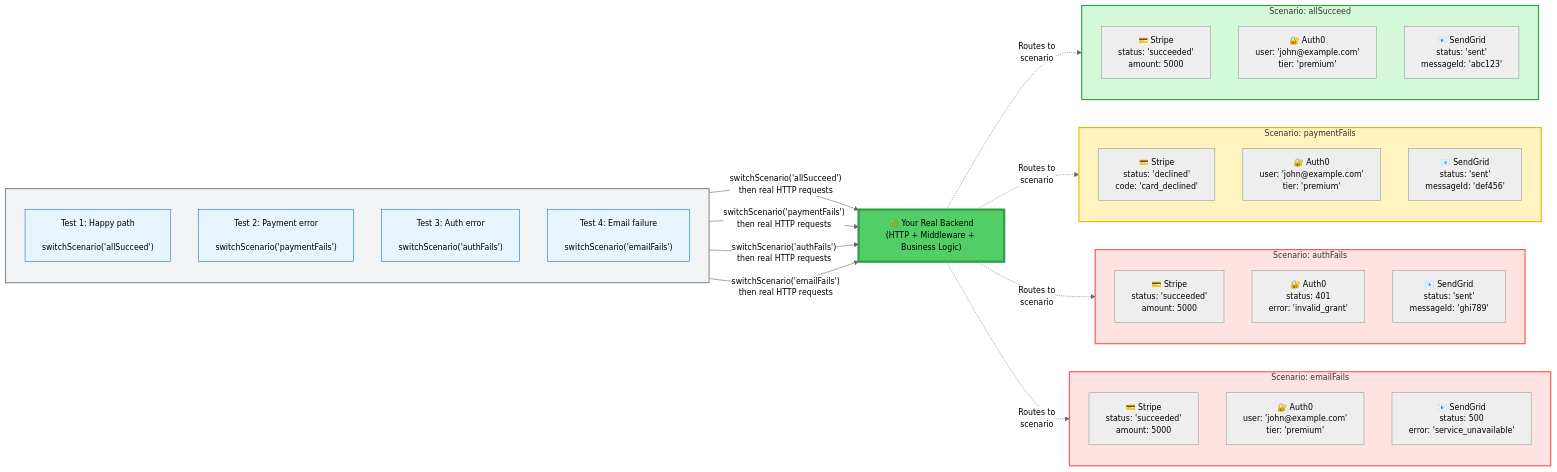
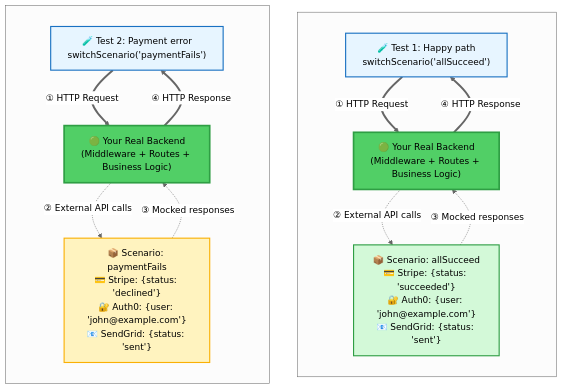
The first of 3 diagrams in apps/docs/src/content/docs/introduction/overview.md (citypaul/scenarist), drawn with Mermaid before and after one commit. The commit also changed other lines of this file and 9 other files, not shown here.

First line of the commit message:
docs: improve diagram mobile readability and explanation (#95)

````diff
--- a/apps/docs/src/content/docs/introduction/overview.md
+++ b/apps/docs/src/content/docs/introduction/overview.md
@@ -16,62 +16,34 @@
 ```mermaid
-%%{init: {'theme':'neutral', 'themeVariables': {'fontSize':'14px', 'fontFamily':'arial'}}}%%
-graph LR
-    subgraph tests[" "]
+%%{init: {'theme':'neutral', 'themeVariables': {'fontSize':'16px', 'fontFamily':'arial'}}}%%
+flowchart TB
+    subgraph Flow1[" "]
         direction TB
-        T1["Test 1: Happy path<br/><br/>switchScenario('allSucceed')"]
-        T2["Test 2: Payment error<br/><br/>switchScenario('paymentFails')"]
-        T3["Test 3: Auth error<br/><br/>switchScenario('authFails')"]
-        T4["Test 4: Email failure<br/><br/>switchScenario('emailFails')"]
+        T1["🧪 Test 1: Happy path<br/>switchScenario('allSucceed')"]
+        B1["🟢 Your Real Backend<br/>(Middleware + Routes + Business Logic)"]
+        S1["📦 Scenario: allSucceed<br/>💳 Stripe: {status: 'succeeded'}<br/>🔐 Auth0: {user: 'john@example.com'}<br/>📧 SendGrid: {status: 'sent'}"]
+
+        T1 ==>|"① HTTP Request"| B1
+        B1 -.->|"② External API calls"| S1
+        S1 -.->|"③ Mocked responses"| B1
+        B1 ==>|"④ HTTP Response"| T1
     end
 
-    B["🟢 Your Real Backend<br/>(HTTP + Middleware + Business Logic)"]
+    subgraph Flow2[" "]
+        direction TB
+        T2["🧪 Test 2: Payment error<br/>switchScenario('paymentFails')"]
+        B2["🟢 Your Real Backend<br/>(Middleware + Routes + Business Logic)"]
+        S2["📦 Scenario: paymentFails<br/>💳 Stripe: {status: 'declined'}<br/>🔐 Auth0: {user: 'john@example.com'}<br/>📧 SendGrid: {status: 'sent'}"]
 
-    subgraph scenario1["Scenario: allSucceed"]
-        direction TB
-        S1A["💳 Stripe<br/>status: 'succeeded'<br/>amount: 5000"]
-        S1B["🔐 Auth0<br/>user: 'john@example.com'<br/>tier: 'premium'"]
-        S1C["📧 SendGrid<br/>status: 'sent'<br/>messageId: 'abc123'"]
+        T2 ==>|"① HTTP Request"| B2
+        B2 -.->|"② External API calls"| S2
+        S2 -.->|"③ Mocked responses"| B2
+        B2 ==>|"④ HTTP Response"| T2
     end
 
-    subgraph scenario2["Scenario: paymentFails"]
-        direction TB
-        S2A["💳 Stripe<br/>status: 'declined'<br/>code: 'card_declined'"]
-        S2B["🔐 Auth0<br/>user: 'john@example.com'<br/>tier: 'premium'"]
-        S2C["📧 SendGrid<br/>status: 'sent'<br/>messageId: 'def456'"]
-    end
-
-    subgraph scenario3["Scenario: authFails"]
-        direction TB
-        S3A["💳 Stripe<br/>status: 'succeeded'<br/>amount: 5000"]
-        S3B["🔐 Auth0<br/>status: 401<br/>error: 'invalid_grant'"]
-        S3C["📧 SendGrid<br/>status: 'sent'<br/>messageId: 'ghi789'"]
-    end
-
-    subgraph scenario4["Scenario: emailFails"]
-        direction TB
-        S4A["💳 Stripe<br/>status: 'succeeded'<br/>amount: 5000"]
-        S4B["🔐 Auth0<br/>user: 'john@example.com'<br/>tier: 'premium'"]
-        S4C["📧 SendGrid<br/>status: 500<br/>error: 'service_unavailable'"]
-    end
-
-    T1 -->|"switchScenario('allSucceed')"<br/>then real HTTP requests| B
-    T2 -->|"switchScenario('paymentFails')"<br/>then real HTTP requests| B
-    T3 -->|"switchScenario('authFails')"<br/>then real HTTP requests| B
-    T4 -->|"switchScenario('emailFails')"<br/>then real HTTP requests| B
-
-    B -.->|Routes to<br/>scenario| scenario1
-    B -.->|Routes to<br/>scenario| scenario2
-    B -.->|Routes to<br/>scenario| scenario3
-    B -.->|Routes to<br/>scenario| scenario4
-
-    style tests fill:#f1f3f5,stroke:#868e96,stroke-width:2px
-    style B fill:#51cf66,stroke:#2f9e44,stroke-width:4px
-    style scenario1 fill:#d3f9d8,stroke:#2f9e44,stroke-width:2px
-    style scenario2 fill:#fff3bf,stroke:#fab005,stroke-width:2px
-    style scenario3 fill:#ffe3e3,stroke:#fa5252,stroke-width:2px
-    style scenario4 fill:#ffe3e3,stroke:#fa5252,stroke-width:2px
-    style T1 fill:#e7f5ff,stroke:#1971c2
-    style T2 fill:#e7f5ff,stroke:#1971c2
-    style T3 fill:#e7f5ff,stroke:#1971c2
-    style T4 fill:#e7f5ff,stroke:#1971c2
+    style T1 fill:#e7f5ff,stroke:#1971c2,stroke-width:2px
+    style T2 fill:#e7f5ff,stroke:#1971c2,stroke-width:2px
+    style B1 fill:#51cf66,stroke:#2f9e44,stroke-width:3px
+    style B2 fill:#51cf66,stroke:#2f9e44,stroke-width:3px
+    style S1 fill:#d3f9d8,stroke:#2f9e44,stroke-width:2px
+    style S2 fill:#fff3bf,stroke:#fab005,stroke-width:2px
 ```
````
